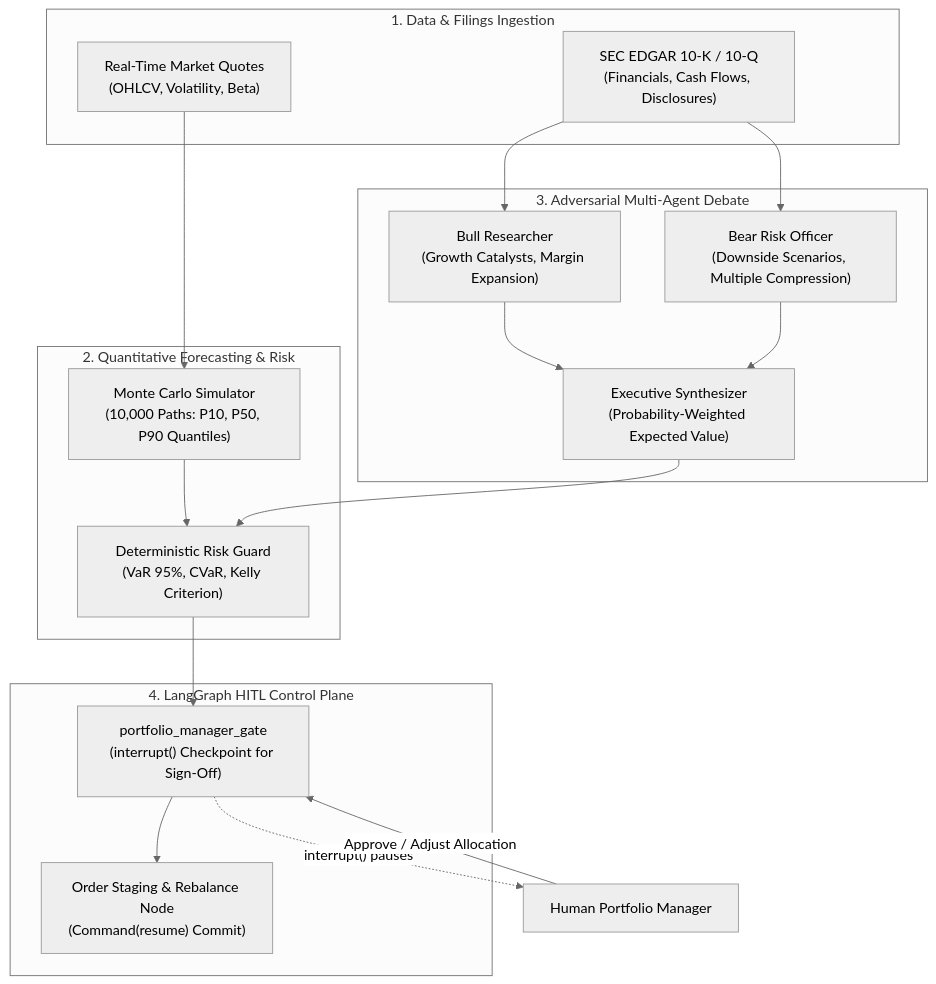
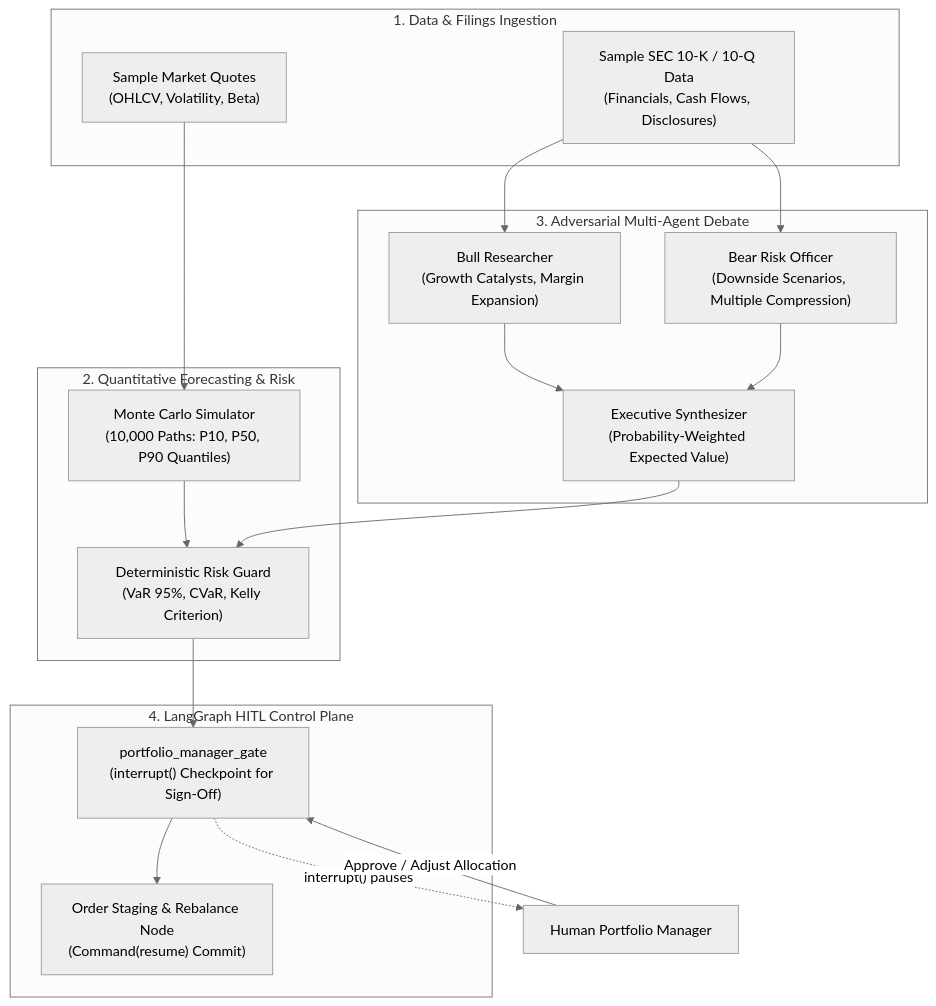
One commit to varadganjoo/apex-alpha changed the diagram in README.md. Above: the diagram before and after it, drawn with Mermaid (neutral theme). The commit also changed other lines of this file and 1 other file, not shown here.

Commit message:
Align README and code comments with sample data disclaimer and EDGAR extension capability

````diff
--- a/README.md
+++ b/README.md
@@ -24,33 +24,33 @@
 ```mermaid
 flowchart TD
     subgraph DataIngestion["1. Data & Filings Ingestion"]
-        Quotes["Real-Time Market Quotes<br/>(OHLCV, Volatility, Beta)"]
-        SEC["SEC EDGAR 10-K / 10-Q<br/>(Financials, Cash Flows, Disclosures)"]
+        Quotes["Sample Market Quotes<br/>(OHLCV, Volatility, Beta)"]
+        SEC["Sample SEC 10-K / 10-Q Data<br/>(Financials, Cash Flows, Disclosures)"]
     end
 
     subgraph QuantEngine["2. Quantitative Forecasting & Risk"]
         MC["Monte Carlo Simulator<br/>(10,000 Paths: P10, P50, P90 Quantiles)"]
         Risk["Deterministic Risk Guard<br/>(VaR 95%, CVaR, Kelly Criterion)"]
     end
 
     subgraph DebateEngine["3. Adversarial Multi-Agent Debate"]
         Bull["Bull Researcher<br/>(Growth Catalysts, Margin Expansion)"]
         Bear["Bear Risk Officer<br/>(Downside Scenarios, Multiple Compression)"]
         Synth["Executive Synthesizer<br/>(Probability-Weighted Expected Value)"]
     end
 
     subgraph HITL["4. LangGraph HITL Control Plane"]
         PMGate["portfolio_manager_gate<br/>(interrupt() Checkpoint for Sign-Off)"]
         Execution["Order Staging & Rebalance Node<br/>(Command(resume) Commit)"]
     end
 
     Quotes --> MC
     SEC --> Bull & Bear
     MC --> Risk
     Bull & Bear --> Synth
     Synth --> Risk
     Risk --> PMGate
     PMGate -.->|"interrupt() pauses"| PM["Human Portfolio Manager"]
     PM -->|"Approve / Adjust Allocation"| PMGate
     PMGate --> Execution
 ```
````
